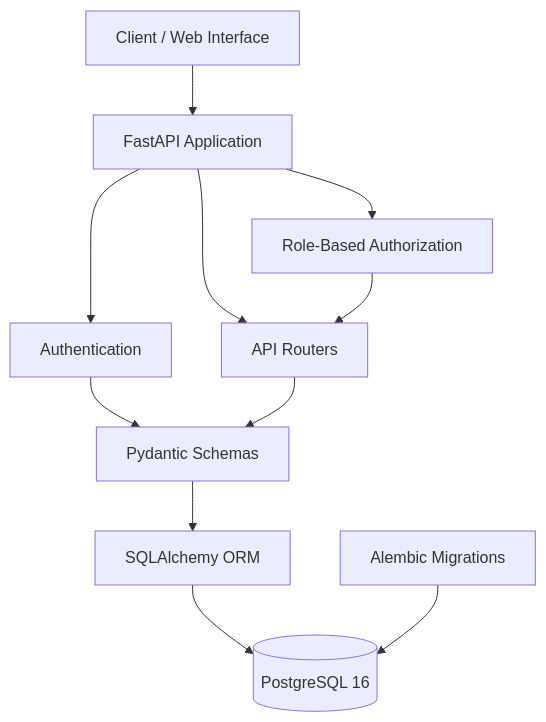
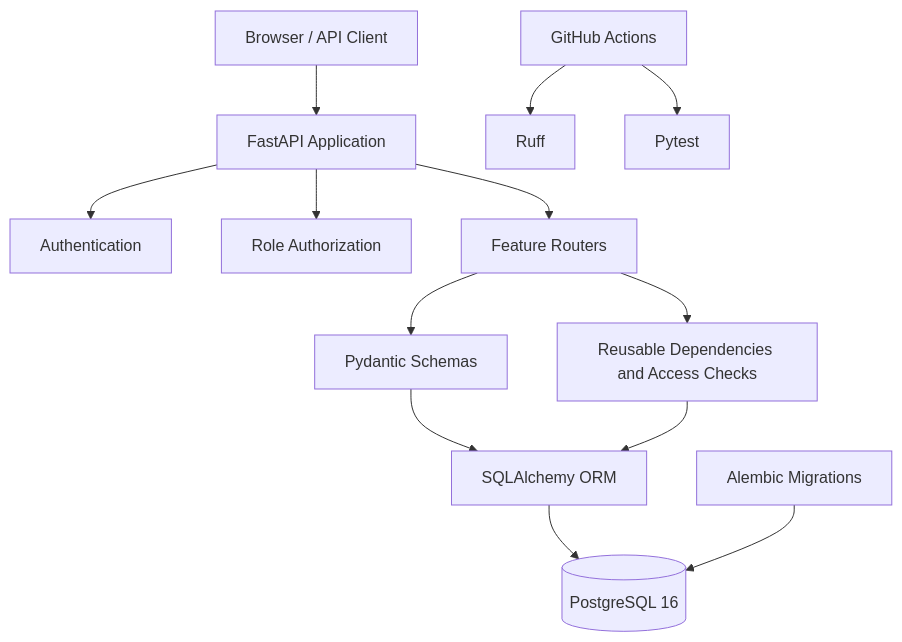
Before and after one commit to AMAN-AJWA-FATIMA/Backend: the first of 6 diagrams in README.md, drawn with Mermaid. The commit also changed other lines of this file and 5 other files, not shown here.

````diff
--- a/README.md
+++ b/README.md
@@ -74,23 +75,15 @@
 ```mermaid
 flowchart TD
-    Client["Client / Web Interface"]
-    API["FastAPI Application"]
-    Auth["Authentication"]
-    RBAC["Role-Based Authorization"]
-    Routers["API Routers"]
-    Schemas["Pydantic Schemas"]
-    ORM["SQLAlchemy ORM"]
-    DB[("PostgreSQL 16")]
-    Migrations["Alembic Migrations"]
-
-    Client --> API
-    API --> Auth
-    API --> RBAC
-    API --> Routers
-    Auth --> Schemas
-    RBAC --> Routers
-    Routers --> Schemas
-    Schemas --> ORM
-    ORM --> DB
-    Migrations --> DB
+    Client[Browser / API Client] --> API[FastAPI Application]
+    API --> Auth[Authentication]
+    API --> RBAC[Role Authorization]
+    API --> Routers[Feature Routers]
+    Routers --> Schemas[Pydantic Schemas]
+    Routers --> Helpers[Reusable Dependencies and Access Checks]
+    Schemas --> ORM[SQLAlchemy ORM]
+    Helpers --> ORM
+    ORM --> DB[(PostgreSQL 16)]
+    Migrations[Alembic Migrations] --> DB
+    CI[GitHub Actions] --> Ruff[Ruff]
+    CI --> Tests[Pytest]
 ```
````
